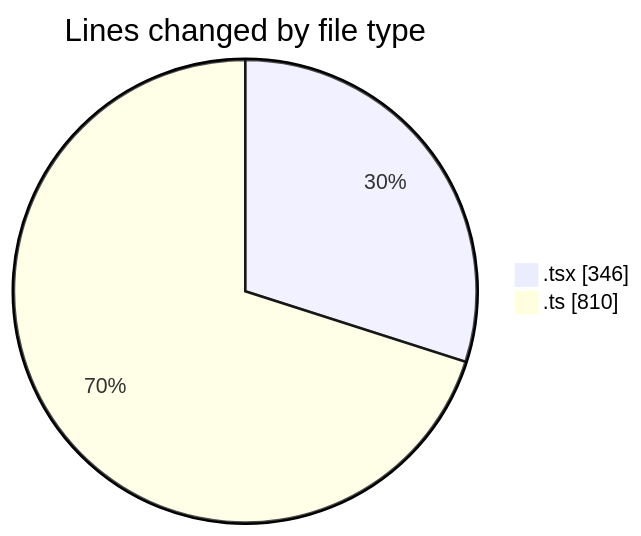
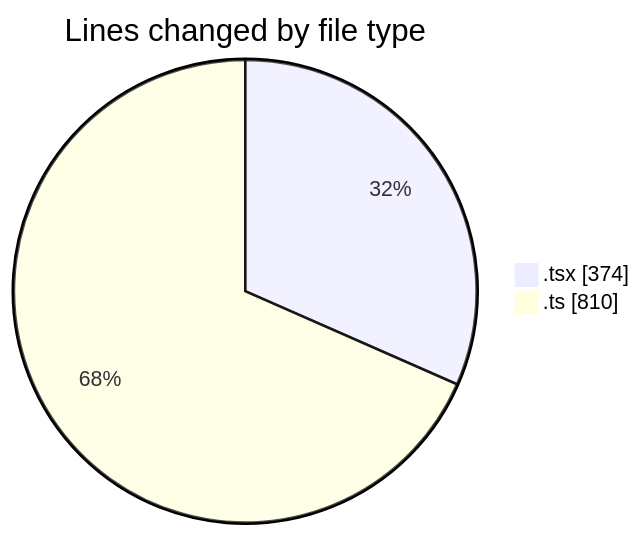
Before and after one commit to nxtqubesakshisongat/code-tracking: the first of 2 diagrams in 2026-02-05/nxtqube_webapp/README.md, drawn with Mermaid. The commit also changed other lines of this file and 1 other file, not shown here.

````diff
--- a/2026-02-05/nxtqube_webapp/README.md
+++ b/2026-02-05/nxtqube_webapp/README.md
@@ -25,6 +25,6 @@
 ```mermaid
 pie showData
 title Lines changed by file type
-".tsx" : 346
+".tsx" : 374
 ".ts" : 810
 ```
````
